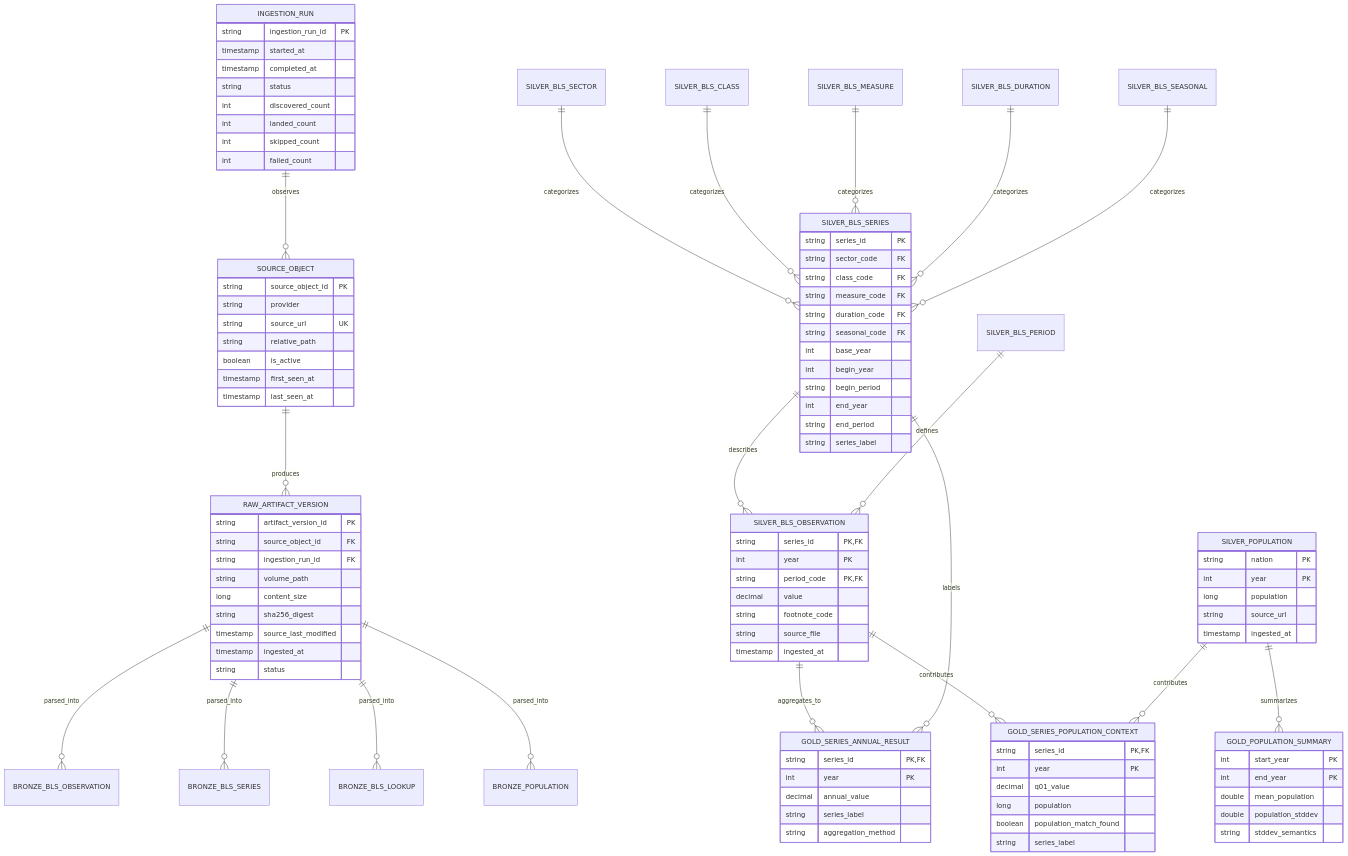
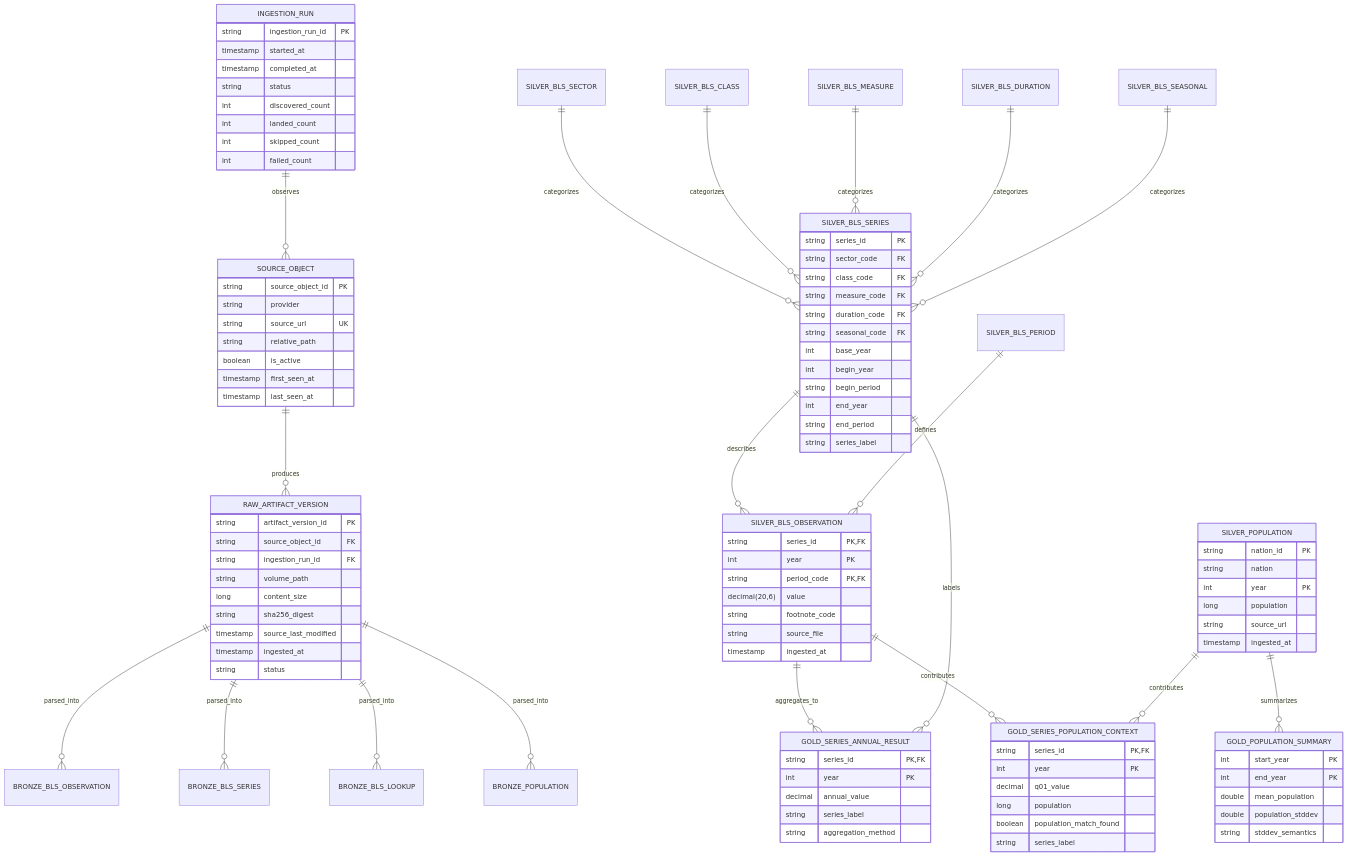
One commit to Hgaines88/data-quest changed the diagram in docs/LOGICAL_DATA_MODEL.md. Above: the diagram before and after it, drawn with Mermaid. The commit also changed other lines of this file and 3 other files, not shown here.

Commit message:
Define source schemas and data quality rules

```diff
--- a/docs/LOGICAL_DATA_MODEL.md
+++ b/docs/LOGICAL_DATA_MODEL.md
@@ -79,14 +79,15 @@
         string series_id PK,FK
         int year PK
         string period_code PK,FK
-        decimal value
+        decimal(20,6) value
         string footnote_code
         string source_file
         timestamp ingested_at
     }
 
     SILVER_POPULATION {
-        string nation PK
+        string nation_id PK
+        string nation
         int year PK
         long population
         string source_url
```
